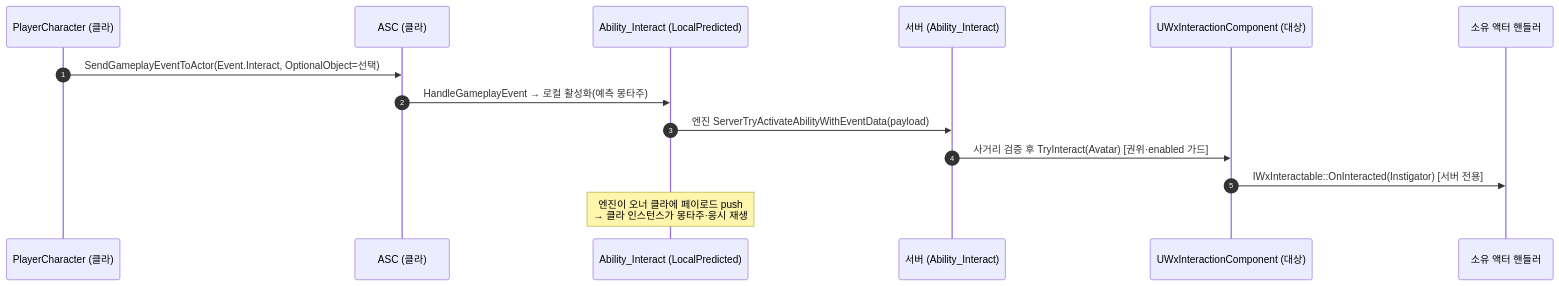
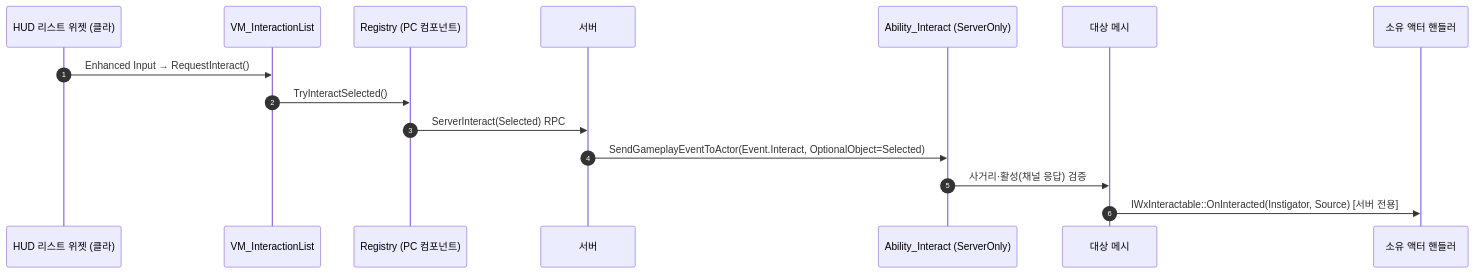
One commit to Woogl/ProjectWx changed the second of 2 diagrams in Docs/Programmer/Interaction_System.md. Above: the diagram before and after it, drawn with Mermaid. The commit also changed other lines of this file and 42 other files, not shown here.

````diff
--- a/Docs/Programmer/Interaction_System.md
+++ b/Docs/Programmer/Interaction_System.md
@@ -80,16 +82,17 @@
 ```mermaid
 sequenceDiagram
     autonumber
-    participant PC as PlayerCharacter (클라)
-    participant ASC as ASC (클라)
-    participant AB as Ability_Interact (LocalPredicted)
-    participant SV as 서버 (Ability_Interact)
-    participant IC as UWxInteractionComponent (대상)
+    participant W as HUD 리스트 위젯 (클라)
+    participant VM as VM_InteractionList
+    participant R as Registry (PC 컴포넌트)
+    participant SV as 서버
+    participant AB as Ability_Interact (ServerOnly)
+    participant IC as 대상 메시
     participant H as 소유 액터 핸들러
-    PC->>ASC: SendGameplayEventToActor(Event.Interact, OptionalObject=선택)
-    ASC->>AB: HandleGameplayEvent → 로컬 활성화(예측 몽타주)
-    AB->>SV: 엔진 ServerTryActivateAbilityWithEventData(payload)
-    SV->>IC: 사거리 검증 후 TryInteract(Avatar) [권위·enabled 가드]
-    IC->>H: IWxInteractable::OnInteracted(Instigator) [서버 전용]
-    Note over AB: 엔진이 오너 클라에 페이로드 push<br/>→ 클라 인스턴스가 몽타주·응시 재생
+    W->>VM: Enhanced Input → RequestInteract()
+    VM->>R: TryInteractSelected()
+    R->>SV: ServerInteract(Selected) RPC
+    SV->>AB: SendGameplayEventToActor(Event.Interact, OptionalObject=Selected)
+    AB->>IC: 사거리·활성(채널 응답) 검증
+    IC->>H: IWxInteractable::OnInteracted(Instigator, Source) [서버 전용]
 ```
````
